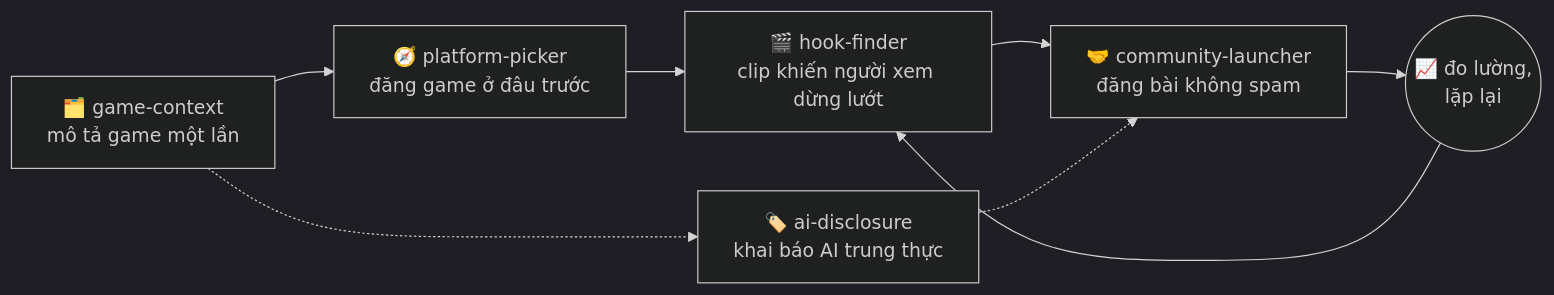
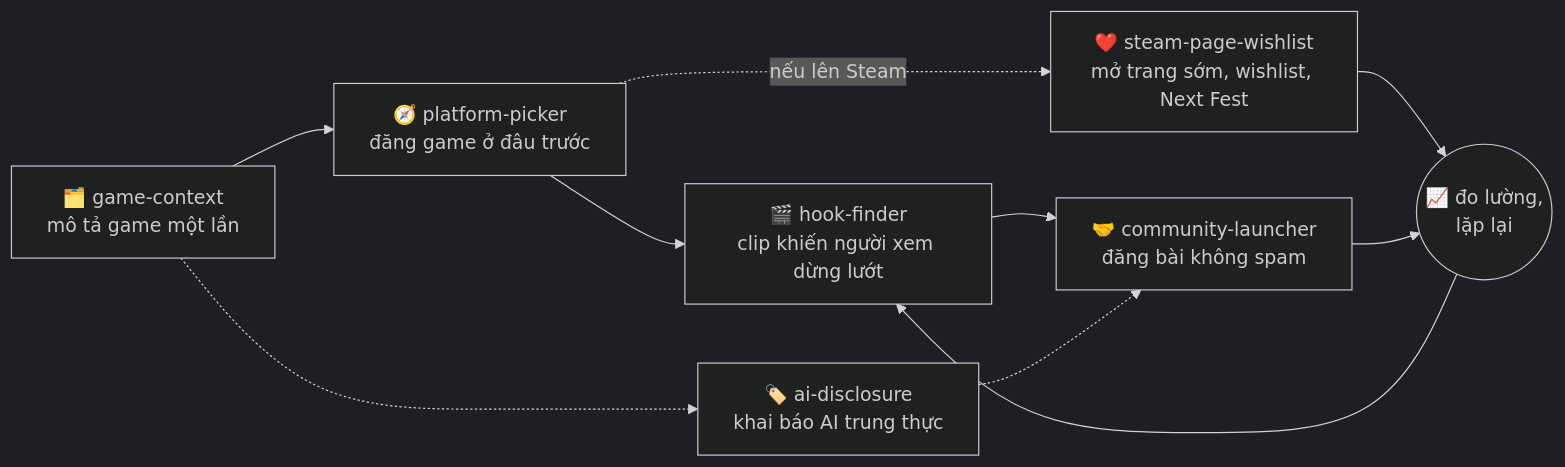
The diagram in README.vi.md (nguyenbui1105/first-1000-players), drawn with Mermaid (dark theme) before and after one commit. The commit also changed other lines of this file and 16 other files, not shown here.

First line of the commit message:
v0.2.0: steam-page-wishlist skill, re-checked sources, stronger validator

````diff
--- a/README.vi.md
+++ b/README.vi.md
@@ -80,10 +81,12 @@
 ```mermaid
 flowchart LR
     A["🗂️ game-context<br/>mô tả game một lần"] --> B["🧭 platform-picker<br/>đăng game ở đâu trước"]
     B --> C["🎬 hook-finder<br/>clip khiến người xem dừng lướt"]
     C --> D["🤝 community-launcher<br/>đăng bài không spam"]
     A -.-> E["🏷️ ai-disclosure<br/>khai báo AI trung thực"]
     E -.-> D
-    D --> F(("📈 đo lường,<br/>lặp lại"))
+    B -. "nếu lên Steam" .-> G["❤️ steam-page-wishlist<br/>mở trang sớm, wishlist, Next Fest"]
+    G --> F(("📈 đo lường,<br/>lặp lại"))
+    D --> F
     F --> C
 ```
````
